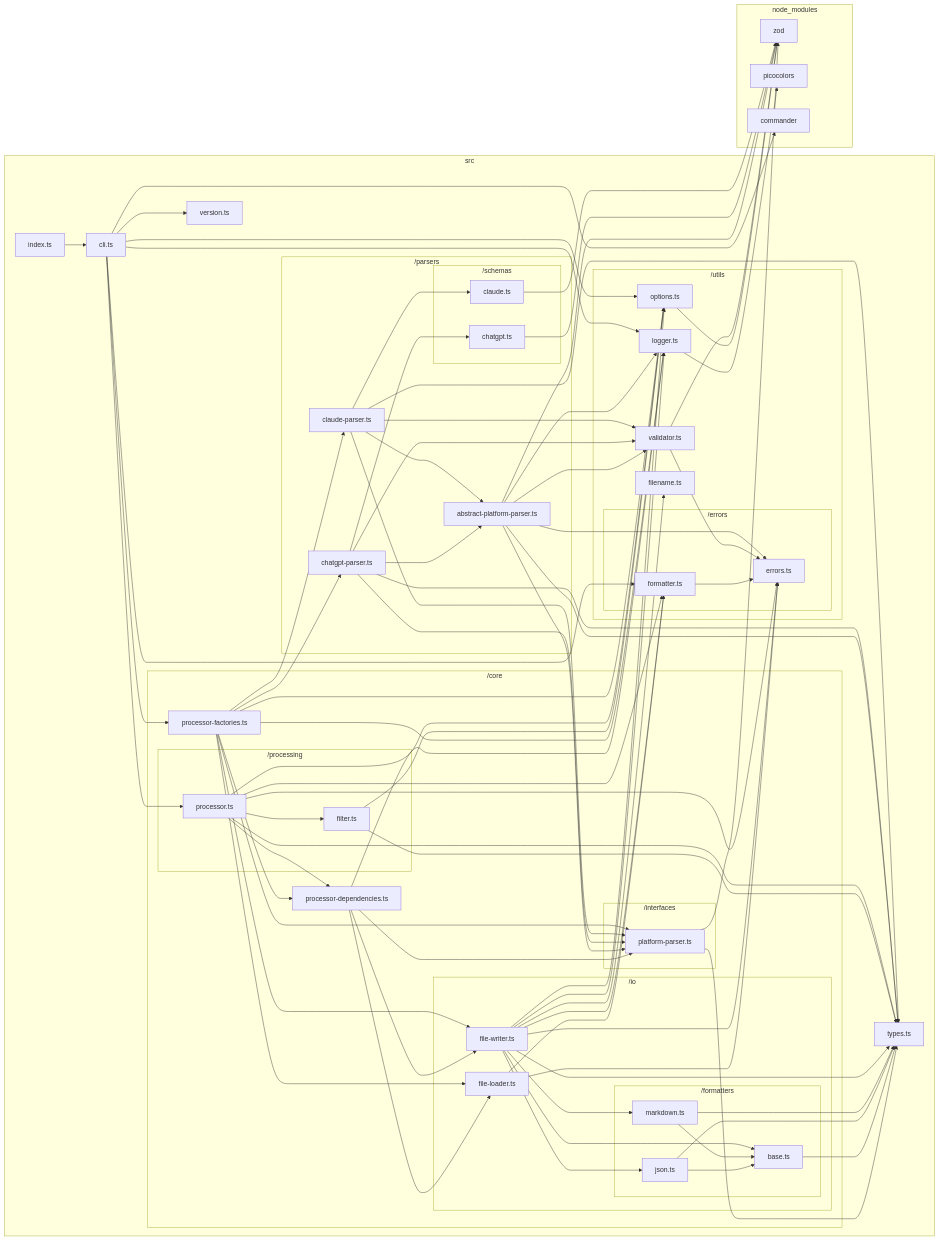
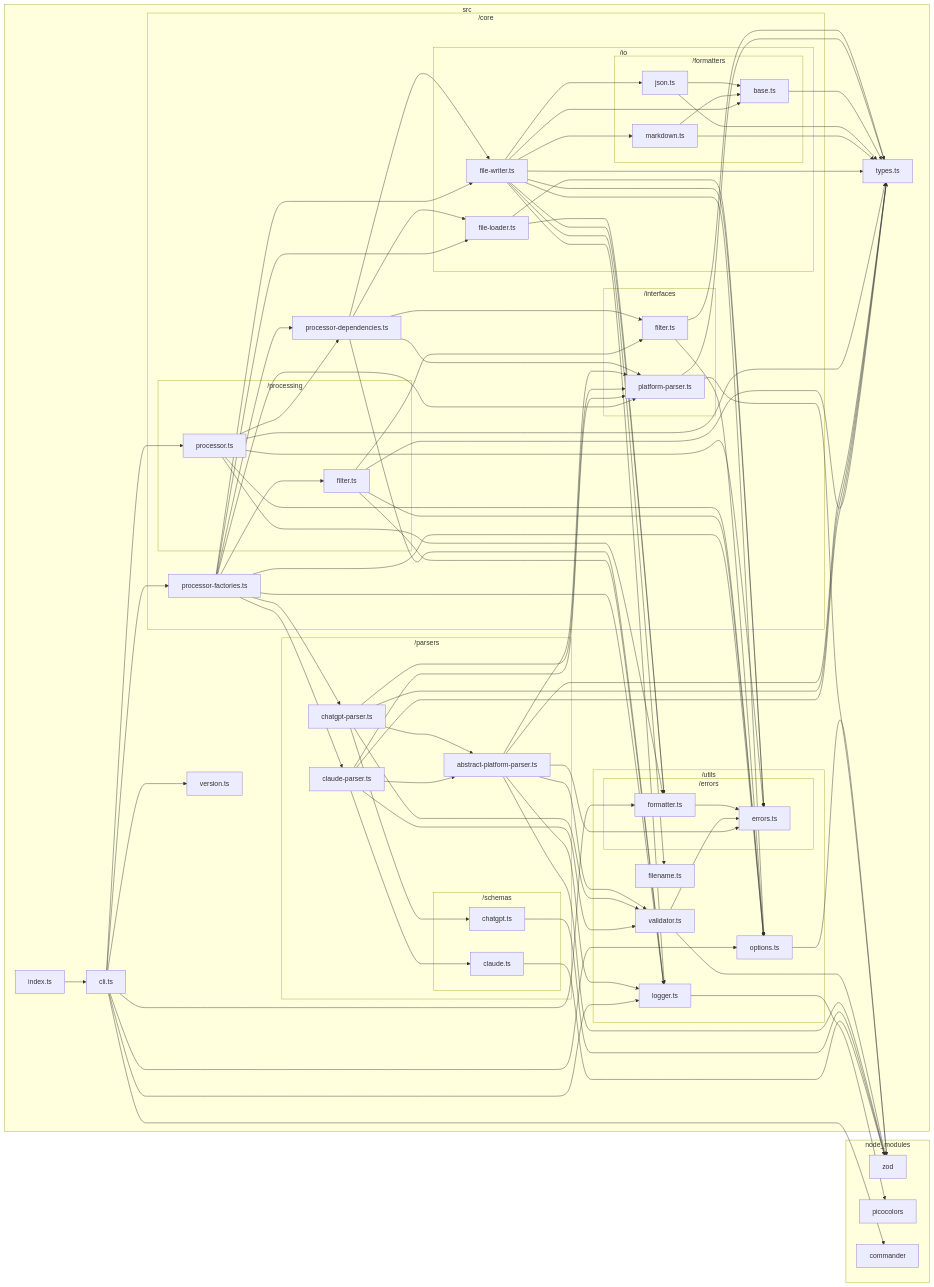
One commit to sugurutakahashi-1234/ai-chat-md-export changed the diagram in docs/dependency-graphs/typescript-graph.md. Above: the diagram before and after it, drawn with Mermaid. The commit also changed 6 other files, not shown here.

```diff
--- a/docs/dependency-graphs/typescript-graph.md
+++ b/docs/dependency-graphs/typescript-graph.md
@@ -25,6 +25,7 @@
             src/core/processor//depend_encies.ts["processor-dependencies.ts"]
             src/core/processor//factories.ts["processor-factories.ts"]
             subgraph src/core/interfaces["/interfaces"]
+                src/core/interfaces/filter.ts["filter.ts"]
                 src/core/interfaces/platform//parser.ts["platform-parser.ts"]
             end
             subgraph src/core/io["/io"]
@@ -37,8 +38,8 @@
                 end
             end
             subgraph src/core/processing["/processing"]
+                src/core/processing/processor.ts["processor.ts"]
                 src/core/processing/filter.ts["filter.ts"]
-                src/core/processing/processor.ts["processor.ts"]
             end
         end
         subgraph src/parsers["/parsers"]
@@ -59,6 +60,8 @@
     src/utils/errors/formatter.ts-->src/utils/errors/errors.ts
     src/utils/options.ts-->node//modules/zod/index.d.cts
     src/utils/logger.ts-->node//modules/picocolors/picocolors.d.ts
+    src/core/interfaces/filter.ts-->src/types.ts
+    src/core/interfaces/filter.ts-->src/utils/options.ts
     src/core/interfaces/platform//parser.ts-->node//modules/zod/index.d.cts
     src/core/interfaces/platform//parser.ts-->src/types.ts
     src/core/io/file//loader.ts-->src/utils/errors/errors.ts
@@ -78,17 +81,15 @@
     src/core/io/file//writer.ts-->src/core/io/formatters/json.ts
     src/core/io/file//writer.ts-->src/core/io/formatters/markdown.ts
     src/core/processor//depend_encies.ts-->src/utils/logger.ts
+    src/core/processor//depend_encies.ts-->src/core/interfaces/filter.ts
     src/core/processor//depend_encies.ts-->src/core/interfaces/platform//parser.ts
     src/core/processor//depend_encies.ts-->src/core/io/file//loader.ts
     src/core/processor//depend_encies.ts-->src/core/io/file//writer.ts
-    src/core/processing/filter.ts-->src/types.ts
-    src/core/processing/filter.ts-->src/utils/options.ts
     src/core/processing/processor.ts-->src/types.ts
     src/core/processing/processor.ts-->src/utils/errors/errors.ts
     src/core/processing/processor.ts-->src/utils/errors/formatter.ts
     src/core/processing/processor.ts-->src/utils/options.ts
     src/core/processing/processor.ts-->src/core/processor//depend_encies.ts
-    src/core/processing/processor.ts-->src/core/processing/filter.ts
     src/utils/validator.ts-->node//modules/zod/index.d.cts
     src/utils/validator.ts-->src/utils/errors/errors.ts
     src/parsers/abstract//platform//parser.ts-->node//modules/zod/index.d.cts
@@ -109,6 +110,10 @@
     src/parsers/claude//parser.ts-->src/utils/validator.ts
     src/parsers/claude//parser.ts-->src/parsers/abstract//platform//parser.ts
     src/parsers/claude//parser.ts-->src/parsers/schemas/claude.ts
+    src/core/processing/filter.ts-->src/types.ts
+    src/core/processing/filter.ts-->src/utils/logger.ts
+    src/core/processing/filter.ts-->src/utils/options.ts
+    src/core/processing/filter.ts-->src/core/interfaces/filter.ts
     src/core/processor//factories.ts-->src/parsers/chatgpt//parser.ts
     src/core/processor//factories.ts-->src/parsers/claude//parser.ts
     src/core/processor//factories.ts-->src/utils/logger.ts
@@ -116,6 +121,7 @@
     src/core/processor//factories.ts-->src/core/interfaces/platform//parser.ts
     src/core/processor//factories.ts-->src/core/io/file//loader.ts
     src/core/processor//factories.ts-->src/core/io/file//writer.ts
+    src/core/processor//factories.ts-->src/core/processing/filter.ts
     src/core/processor//factories.ts-->src/core/processor//depend_encies.ts
     src/cli.ts-->node//modules/commander/typings/index.d.ts
     src/cli.ts-->src/core/processing/processor.ts
```
